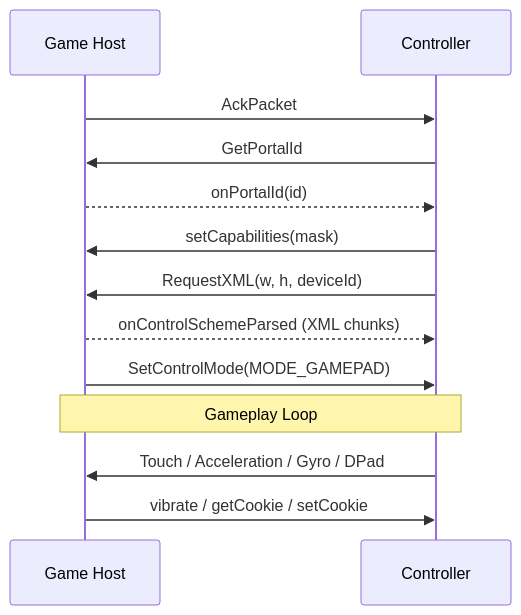
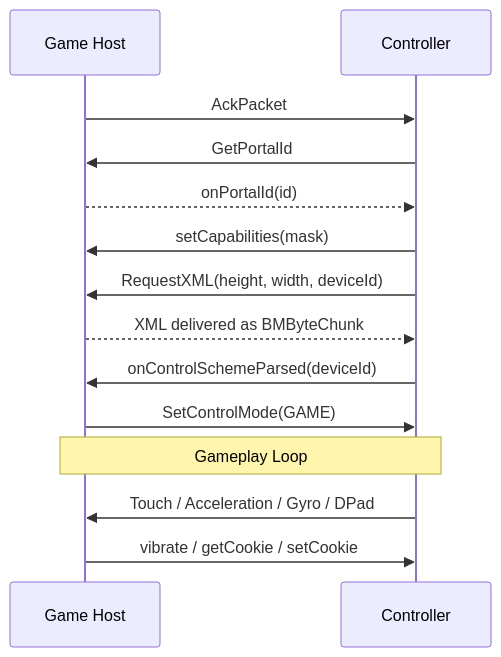
One commit to Retouched-Project/retouched-project changed the diagram in docs/protocol/session/index.md. Above: the diagram before and after it, drawn with Mermaid. The commit also changed other lines of this file and 29 other files, not shown here.

````diff
--- a/docs/protocol/session/index.md
+++ b/docs/protocol/session/index.md
@@ -9,17 +9,18 @@
 ```mermaid
 sequenceDiagram
     participant Host as Game Host
     participant Controller
 
     Host->>Controller: AckPacket
     Controller->>Host: GetPortalId
     Host-->>Controller: onPortalId(id)
     Controller->>Host: setCapabilities(mask)
-    Controller->>Host: RequestXML(w, h, deviceId)
-    Host-->>Controller: onControlSchemeParsed (XML chunks)
-    Host->>Controller: SetControlMode(MODE_GAMEPAD)
+    Controller->>Host: RequestXML(height, width, deviceId)
+    Host-->>Controller: XML delivered as BMByteChunk
+    Controller->>Host: onControlSchemeParsed(deviceId)
+    Host->>Controller: SetControlMode(GAME)
 
     note over Host,Controller: Gameplay Loop
     Controller->>Host: Touch / Acceleration / Gyro / DPad
     Host->>Controller: vibrate / getCookie / setCookie
 ```
````
